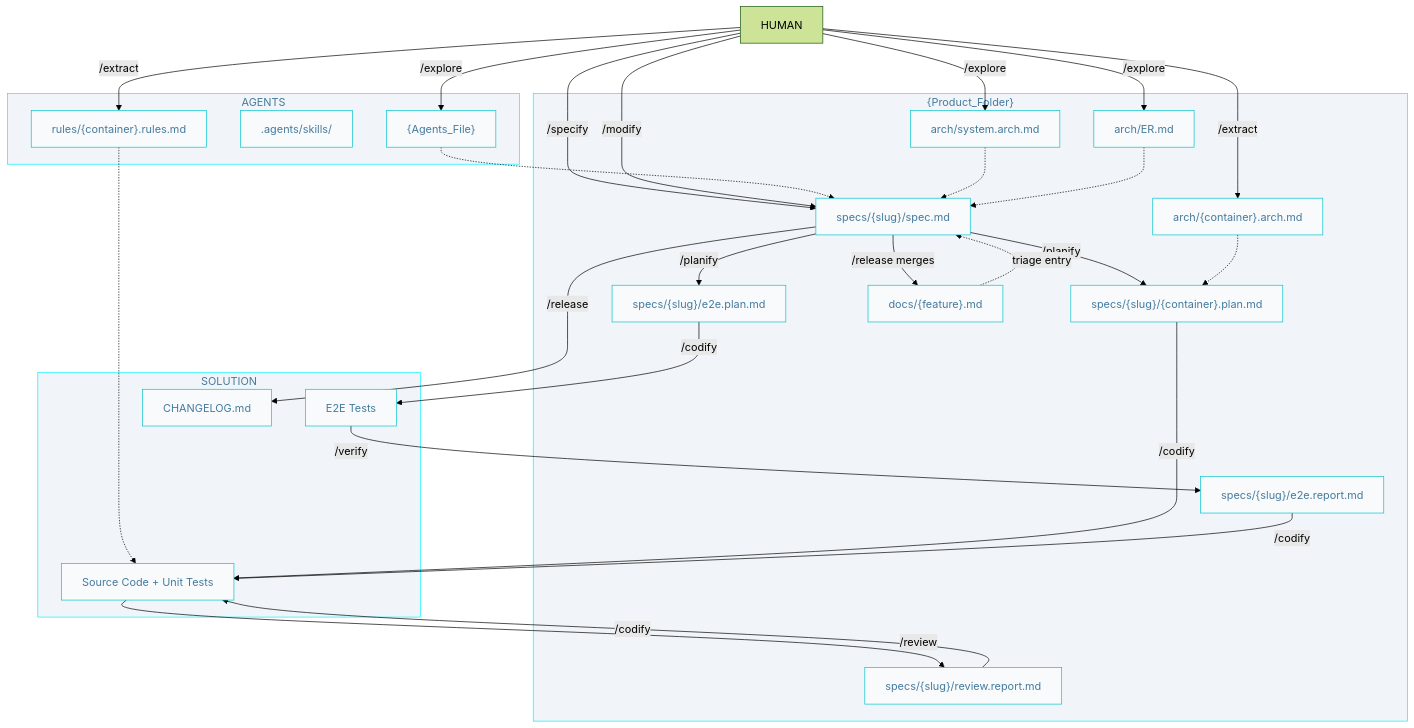
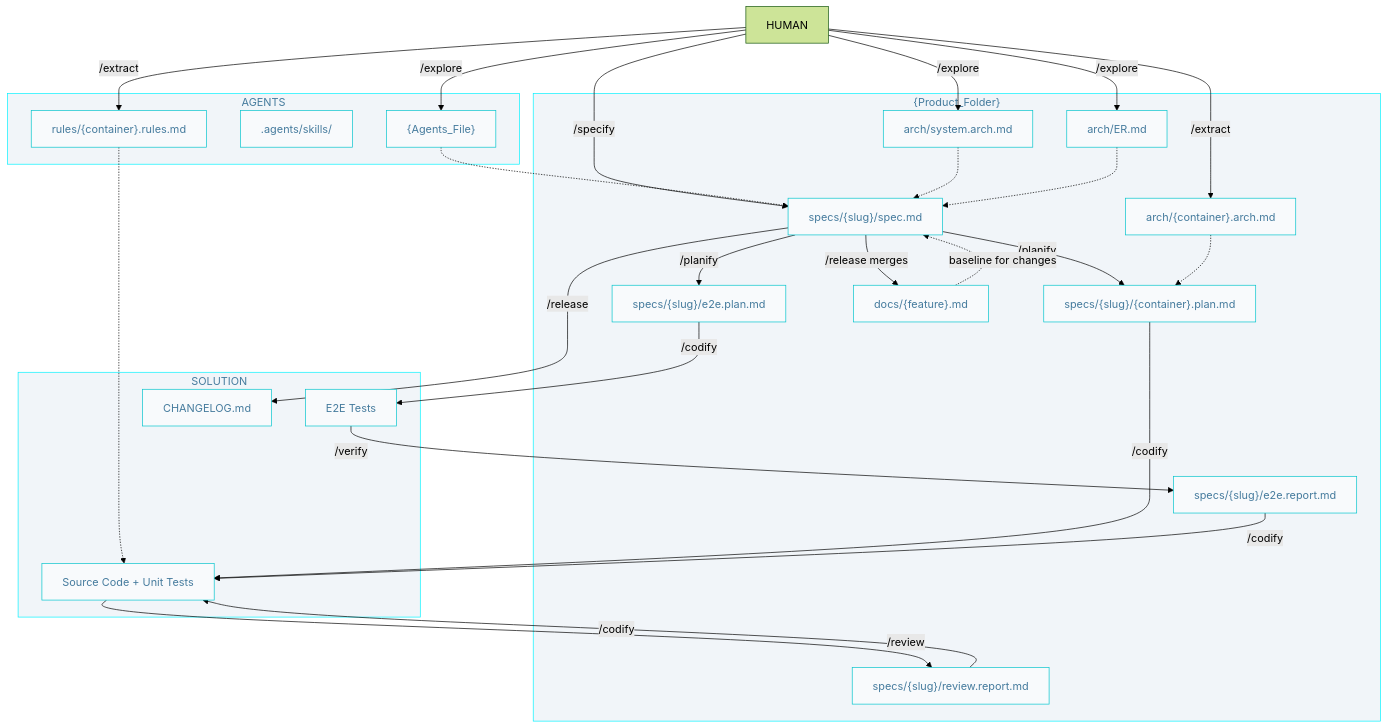
One commit to AIDDbot/AIDDbot changed the diagram in docs/AIDD.workflow.md. Above: the diagram before and after it, drawn with Mermaid (forest theme). The commit also changed other lines of this file and 21 other files, not shown here.

````diff
--- a/docs/AIDD.workflow.md
+++ b/docs/AIDD.workflow.md
@@ -3,58 +3,57 @@
 ```mermaid
 flowchart TD
   classDef nd fill:#f8fafc,stroke:#00c4cc,color:#457b9d
   classDef sg fill:#f1f5f9,stroke:#00f2ff,color:#457b9d 
 
   HUM[HUMAN]
 
   subgraph A["AGENTS"]
       AGT["{Agents_File}"]:::nd
       SKL[".agents/skills/"]:::nd
       RUL["rules/{container}.rules.md"]:::nd
   end  
 
   subgraph P["{Product_Folder}"]
       ARC["arch/system.arch.md"]:::nd
       ERD["arch/ER.md"]:::nd
       CAR["arch/{container}.arch.md"]:::nd
       SPC["specs/{slug}/spec.md"]:::nd
       PLN["specs/{slug}/{container}.plan.md"]:::nd
       EPL["specs/{slug}/e2e.plan.md"]:::nd
       RPT["specs/{slug}/e2e.report.md"]:::nd
       RVR["specs/{slug}/review.report.md"]:::nd
       DOC["docs/{feature}.md"]:::nd
   end
 
   subgraph S["SOLUTION"]
       COD["Source Code + Unit Tests"]:::nd
       E2E["E2E Tests"]:::nd
       CHL["CHANGELOG.md"]:::nd
   end
 
   HUM -->|/explore| AGT
   HUM -->|/explore| ARC
   HUM -->|/explore| ERD
   HUM -->|/extract| CAR
   HUM -->|/extract| RUL
   HUM -->|/specify| SPC
-  HUM -->|/modify| SPC
   AGT -.-> SPC
   ARC -.-> SPC
   ERD -.-> SPC
   SPC -->|/planify| PLN
   SPC -->|/planify| EPL
   CAR -.-> PLN
 
   PLN -->|/codify| COD
   RUL -.-> COD
   EPL -->|/codify| E2E
   E2E -->|/verify| RPT
   RPT -->|/codify| COD
   COD -->|/review| RVR
   RVR -->|/codify| COD
   SPC -->|/release| CHL
   SPC -->|/release merges| DOC
-  DOC -.triage entry.-> SPC
+  DOC -.baseline for changes.-> SPC
 
   class P,A,S sg
 ```
````
